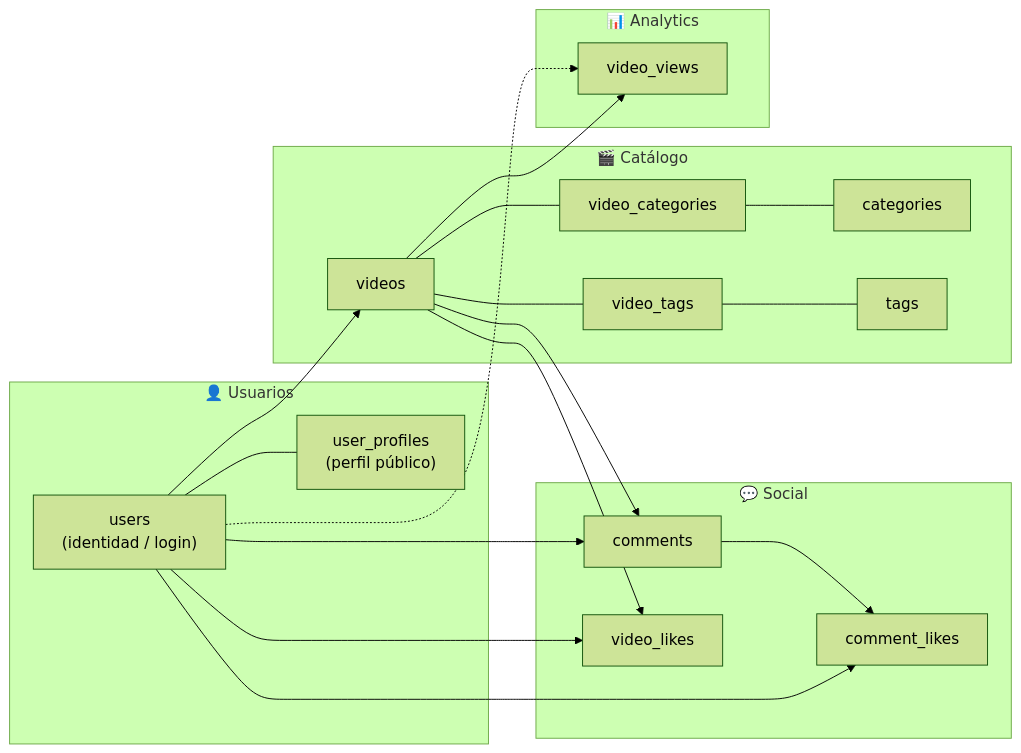
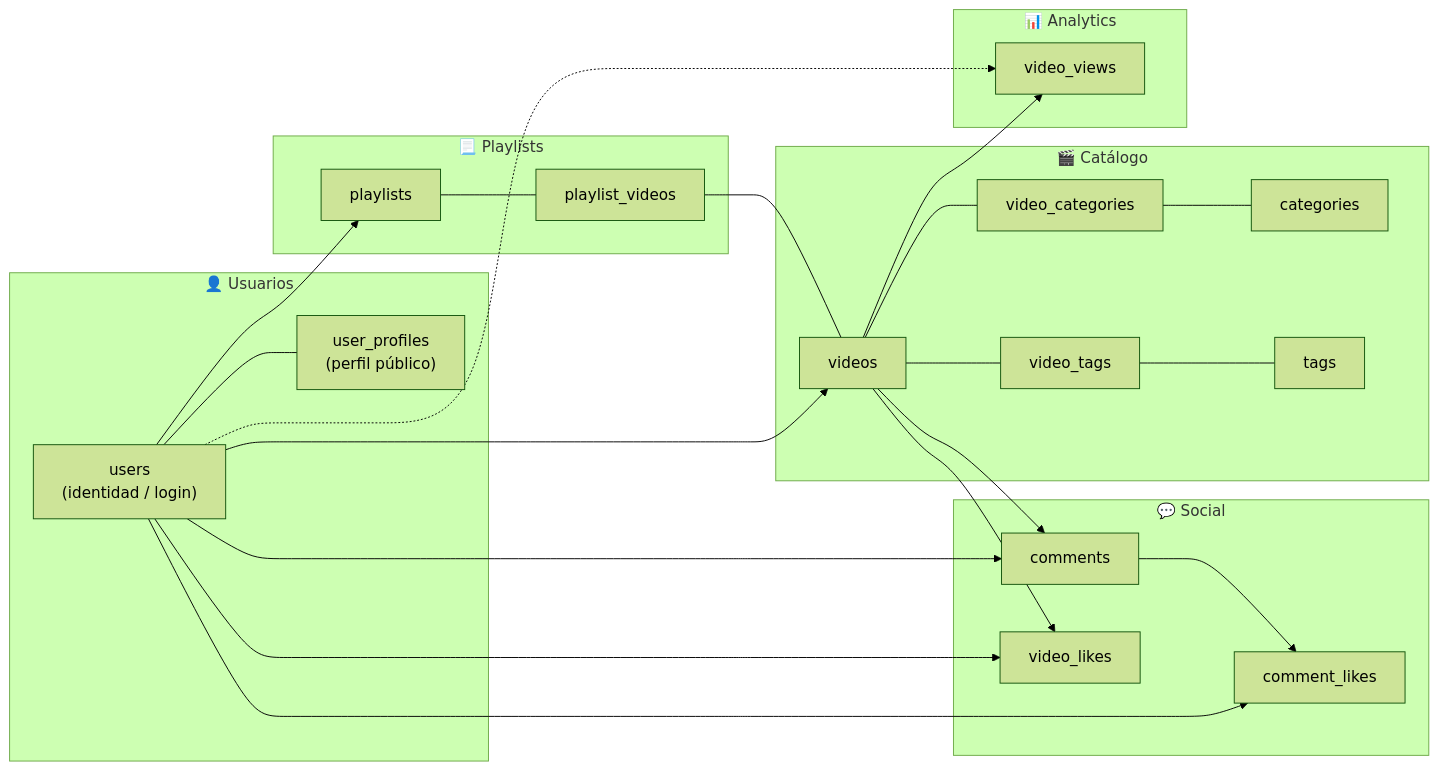
Before and after one commit to Criiiss/protube_labG2: the third of 11 diagrams in docs/DATABASE.md, drawn with Mermaid (forest theme). The commit also changed other lines of this file and 38 other files, not shown here.

````diff
--- a/docs/DATABASE.md
+++ b/docs/DATABASE.md
@@ -120,34 +123,40 @@
 ```mermaid
 flowchart LR
     subgraph AUTH["👤 Usuarios"]
         users["users<br/>(identidad / login)"]
         user_profiles["user_profiles<br/>(perfil público)"]
     end
     subgraph CAT["🎬 Catálogo"]
         videos
         categories
         tags
         video_categories
         video_tags
     end
     subgraph SOC["💬 Social"]
         comments
         comment_likes
         video_likes
     end
     subgraph ANA["📊 Analytics"]
         video_views
     end
+    subgraph PL["📃 Playlists"]
+        playlists
+        playlist_videos
+    end
+    users --> playlists
+    playlists --- playlist_videos --- videos
     users --- user_profiles
     users --> videos
     videos --- video_categories --- categories
     videos --- video_tags --- tags
     users --> comments
     videos --> comments
     comments --> comment_likes
     users --> comment_likes
     users --> video_likes
     videos --> video_likes
     videos --> video_views
     users -.-> video_views
 ```
````
